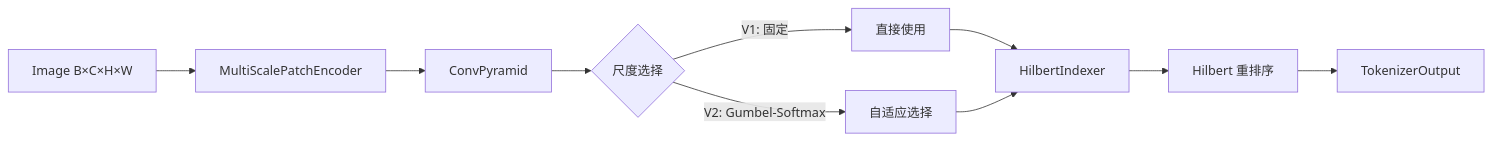
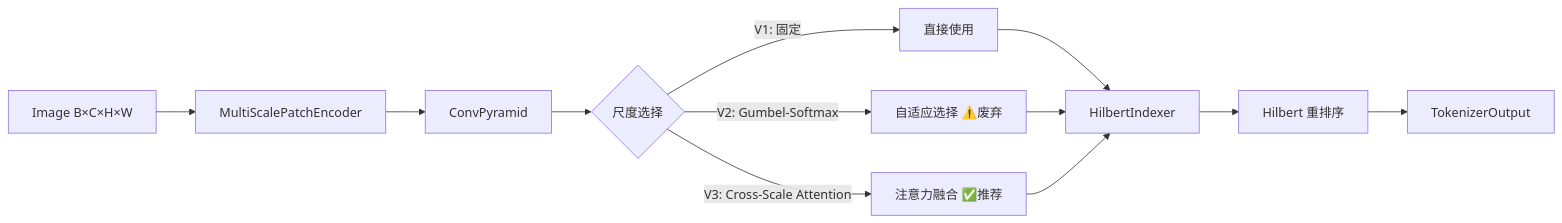
The diagram in documents/03_fractal_tokenizer.md (LoopyBrainie/fractal-curve-tokenizer), drawn with Mermaid before and after one commit. The commit also changed other lines of this file and 7 other files, not shown here.

Commit message:
feat: 更新文档，标记 StreamingFractalTokenizerV2 为已废弃，推荐使用 StreamingFractalTokenizerV3，添加 Cross-Scale Attention 相关内容

````diff
--- a/documents/03_fractal_tokenizer.md
+++ b/documents/03_fractal_tokenizer.md
@@ -7,12 +7,14 @@
 ```mermaid
 graph LR
     A[Image B×C×H×W] --> B[MultiScalePatchEncoder]
     B --> C[ConvPyramid]
     C --> D{尺度选择}
     D -->|V1: 固定| E[直接使用]
-    D -->|V2: Gumbel-Softmax| F[自适应选择]
-    E --> G[HilbertIndexer]
-    F --> G
-    G --> H[Hilbert 重排序]
-    H --> I[TokenizerOutput]
+    D -->|V2: Gumbel-Softmax| F[自适应选择 ⚠️废弃]
+    D -->|V3: Cross-Scale Attention| G[注意力融合 ✅推荐]
+    E --> H[HilbertIndexer]
+    F --> H
+    G --> H
+    H --> I[Hilbert 重排序]
+    I --> J[TokenizerOutput]
 ```
````
